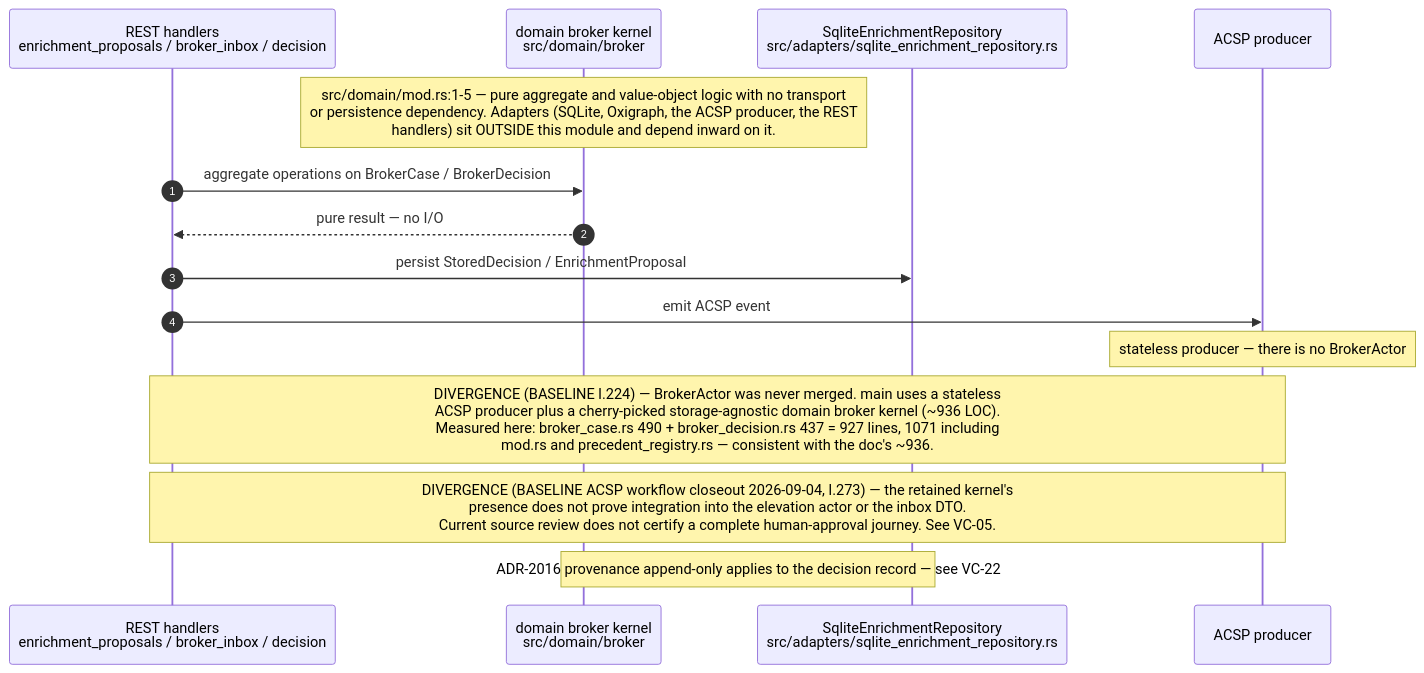
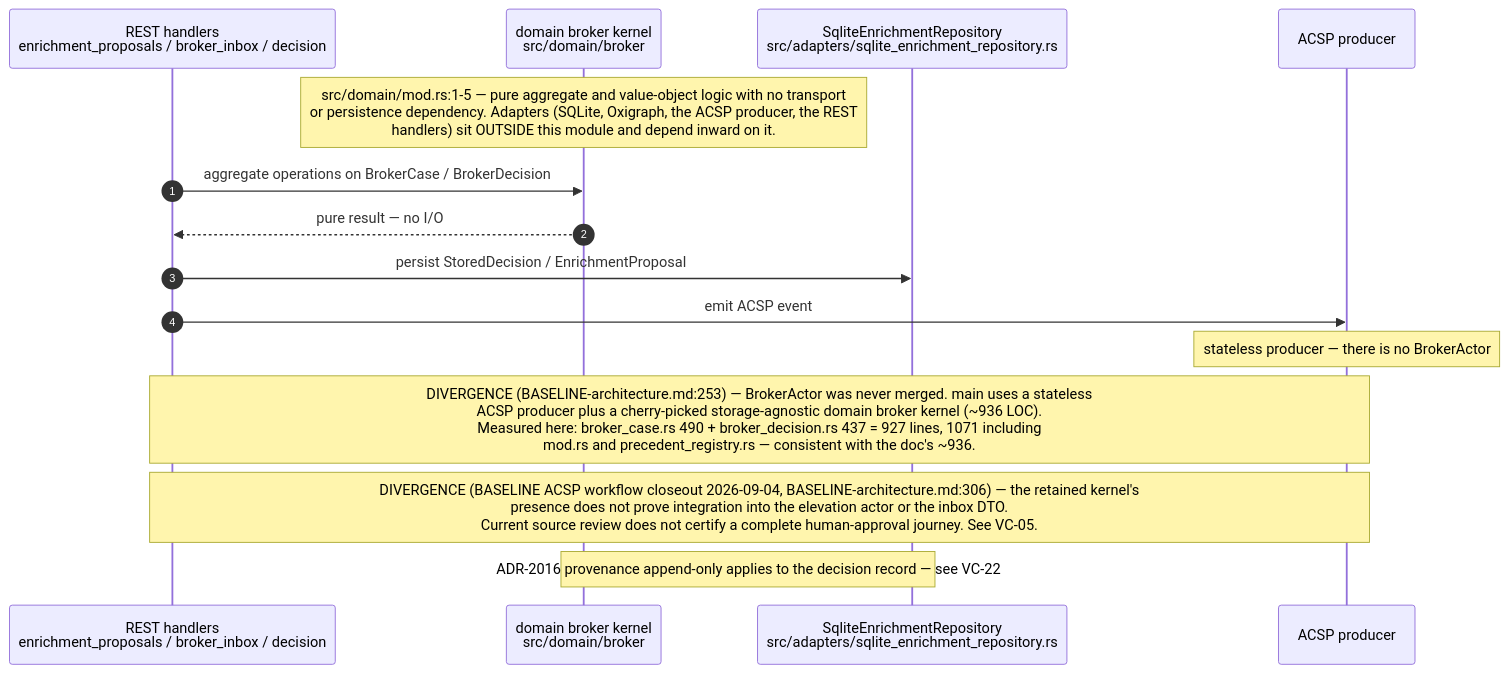
The seventh of 9 diagrams in docs/diagrams/visionclaw/07-hexagonal-ports-and-crates.md (DreamLab-AI/VisionFlow), drawn with Mermaid before and after one commit. The commit also changed other lines of this file and 111 other files, not shown here.

Commit message:
docs(diagrams): align estate maps with current source

````diff
--- a/docs/diagrams/visionclaw/07-hexagonal-ports-and-crates.md
+++ b/docs/diagrams/visionclaw/07-hexagonal-ports-and-crates.md
@@ -316,18 +317,18 @@
 ```mermaid
 sequenceDiagram
     autonumber
     participant H as REST handlers<br/>enrichment_proposals / broker_inbox / decision
     participant K as domain broker kernel<br/>src/domain/broker
     participant AD as SqliteEnrichmentRepository<br/>src/adapters/sqlite_enrichment_repository.rs
     participant AC as ACSP producer
 
     Note over K: src/domain/mod.rs:1-5 — pure aggregate and value-object logic with no transport<br/>or persistence dependency. Adapters (SQLite, Oxigraph, the ACSP producer, the REST<br/>handlers) sit OUTSIDE this module and depend inward on it.
     H->>K: aggregate operations on BrokerCase / BrokerDecision
     K-->>H: pure result — no I/O
     H->>AD: persist StoredDecision / EnrichmentProposal
     H->>AC: emit ACSP event
     Note over AC: stateless producer — there is no BrokerActor
-    Note over H,AC: DIVERGENCE (BASELINE l.224) — BrokerActor was never merged. main uses a stateless<br/>ACSP producer plus a cherry-picked storage-agnostic domain broker kernel (~936 LOC).<br/>Measured here: broker_case.rs 490 + broker_decision.rs 437 = 927 lines, 1071 including<br/>mod.rs and precedent_registry.rs — consistent with the doc's ~936.
-    Note over H,AC: DIVERGENCE (BASELINE ACSP workflow closeout 2026-09-04, l.273) — the retained kernel's<br/>presence does not prove integration into the elevation actor or the inbox DTO.<br/>Current source review does not certify a complete human-approval journey. See VC-05.
+    Note over H,AC: DIVERGENCE (BASELINE-architecture.md:253) — BrokerActor was never merged. main uses a stateless<br/>ACSP producer plus a cherry-picked storage-agnostic domain broker kernel (~936 LOC).<br/>Measured here: broker_case.rs 490 + broker_decision.rs 437 = 927 lines, 1071 including<br/>mod.rs and precedent_registry.rs — consistent with the doc's ~936.
+    Note over H,AC: DIVERGENCE (BASELINE ACSP workflow closeout 2026-09-04, BASELINE-architecture.md:306) — the retained kernel's<br/>presence does not prove integration into the elevation actor or the inbox DTO.<br/>Current source review does not certify a complete human-approval journey. See VC-05.
     Note over K,AD: ADR-2016 provenance append-only applies to the decision record — see VC-22
 ```
````
